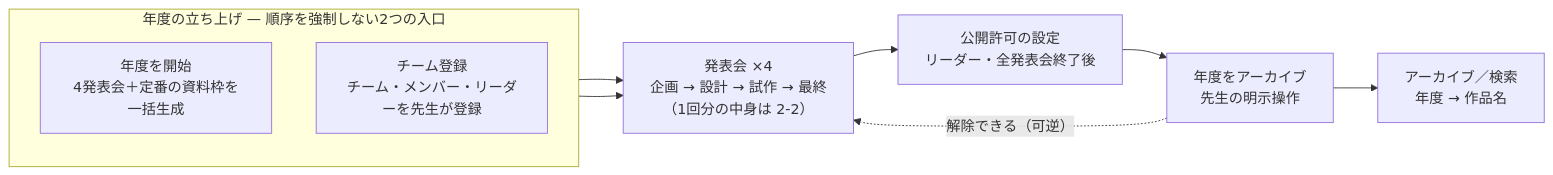
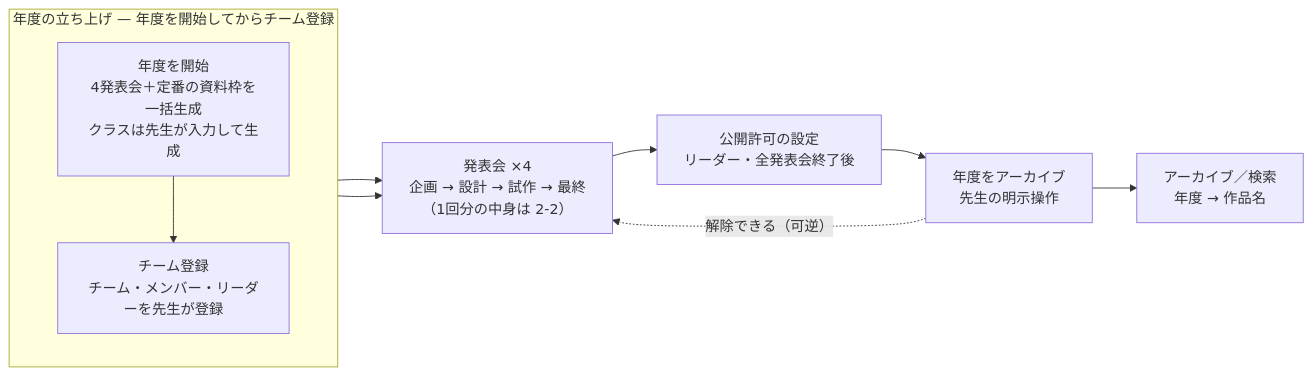
One commit to 250158hj-maker/yse_compass changed the first of 2 diagrams in docs/design/02-business-flow.md. Above: the diagram before and after it, drawn with Mermaid. The commit also changed other lines of this file and 7 other files, not shown here.

````diff
--- a/docs/design/02-business-flow.md
+++ b/docs/design/02-business-flow.md
@@ -33,18 +33,19 @@
 ```mermaid
 flowchart LR
-    subgraph START["年度の立ち上げ — 順序を強制しない2つの入口"]
+    subgraph START["年度の立ち上げ — 年度を開始してからチーム登録"]
         direction TB
-        A["年度を開始<br/>4発表会＋定番の資料枠を一括生成"]
+        A["年度を開始<br/>4発表会＋定番の資料枠を一括生成<br/>クラスは先生が入力して生成"]
         B["チーム登録<br/>チーム・メンバー・リーダーを先生が登録"]
     end
 
     C["発表会 ×4<br/>企画 → 設計 → 試作 → 最終<br/>（1回分の中身は 2-2）"]
     D["公開許可の設定<br/>リーダー・全発表会終了後"]
     E["年度をアーカイブ<br/>先生の明示操作"]
     F["アーカイブ／検索<br/>年度 → 作品名"]
 
+    A --> B
     A --> C
     B --> C
     C --> D --> E --> F
     E -.->|"解除できる（可逆）"| C
 ```
````
